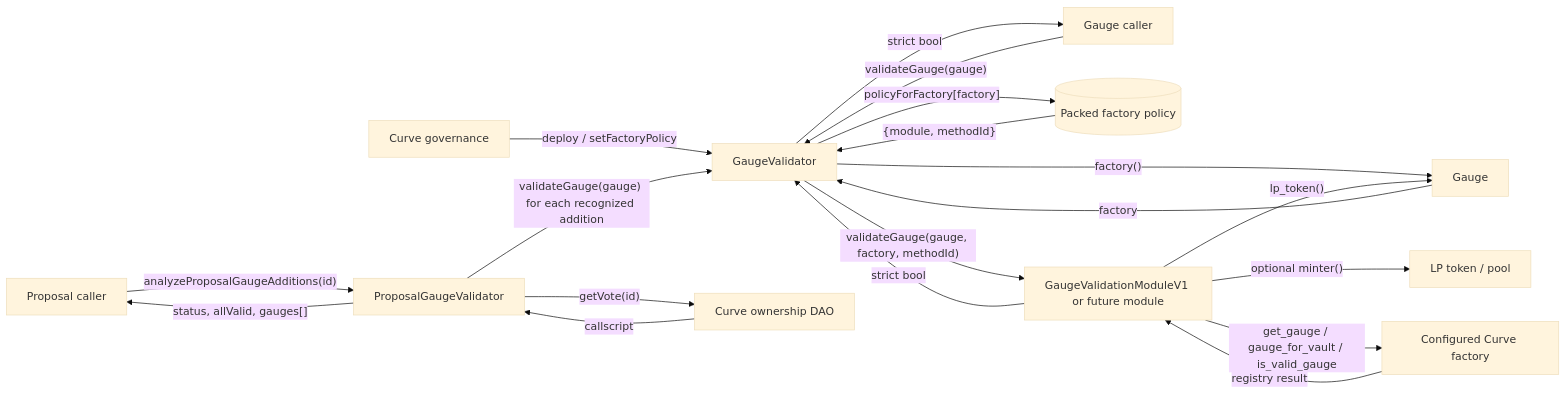
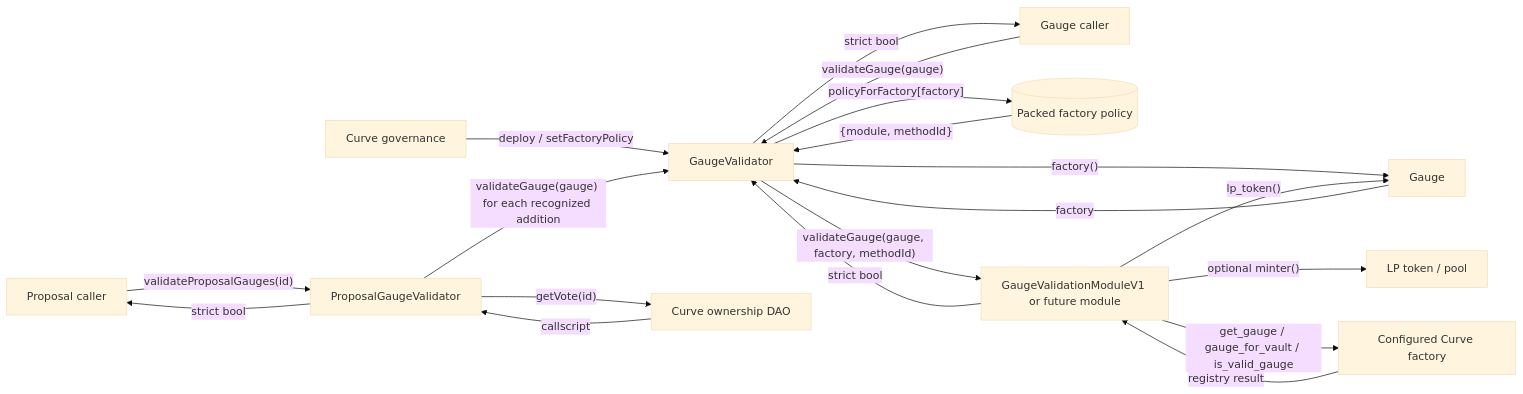
Before and after one commit to wavey0x/curve-gauge-validator: the diagram in ARCHITECTURE.md, drawn with Mermaid (base theme). The commit also changed other lines of this file and 6 other files, not shown here.

````diff
--- a/ARCHITECTURE.md
+++ b/ARCHITECTURE.md
@@ -18,23 +18,23 @@
 ```mermaid
 flowchart LR
     Governance["Curve governance"] -->|"deploy / setFactoryPolicy"| Core["GaugeValidator"]
 
     GaugeCaller["Gauge caller"] -->|"validateGauge(gauge)"| Core
     Core -->|"factory()"| Gauge["Gauge"]
     Gauge -->|"factory"| Core
     Core -->|"policyForFactory[factory]"| Policy[("Packed factory policy")]
     Policy -->|"{module, methodId}"| Core
     Core -->|"validateGauge(gauge, factory, methodId)"| Module["GaugeValidationModuleV1 or future module"]
     Module -->|"lp_token()"| Gauge
     Module -->|"optional minter()"| Token["LP token / pool"]
     Module -->|"get_gauge / gauge_for_vault / is_valid_gauge"| Factory["Configured Curve factory"]
     Factory -->|"registry result"| Module
     Module -->|"strict bool"| Core
     Core -->|"strict bool"| GaugeCaller
 
-    ProposalCaller["Proposal caller"] -->|"analyzeProposalGaugeAdditions(id)"| Proposal["ProposalGaugeValidator"]
+    ProposalCaller["Proposal caller"] -->|"validateProposalGauges(id)"| Proposal["ProposalGaugeValidator"]
     Proposal -->|"getVote(id)"| DAO["Curve ownership DAO"]
     DAO -->|"callscript"| Proposal
     Proposal -->|"validateGauge(gauge) for each recognized addition"| Core
-    Proposal -->|"status, allValid, gauges[]"| ProposalCaller
+    Proposal -->|"strict bool"| ProposalCaller
 ```
````
